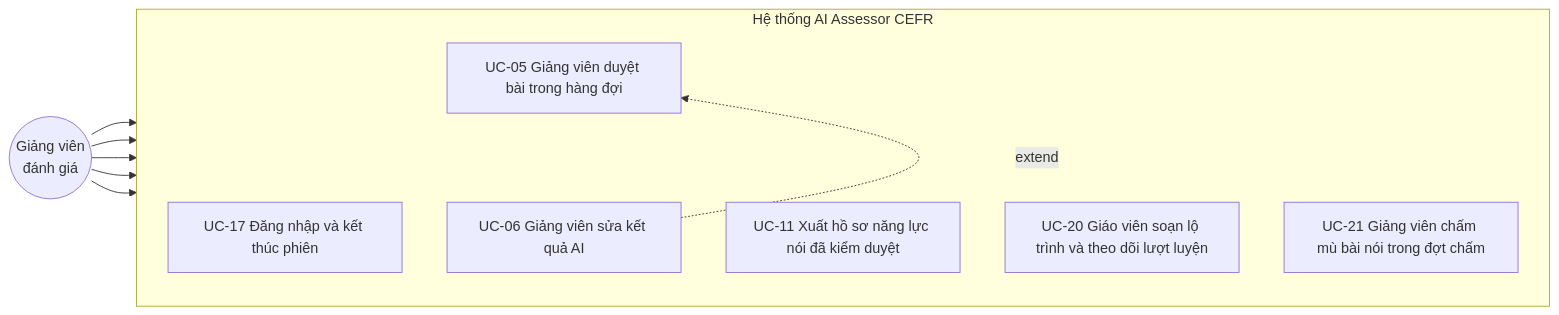
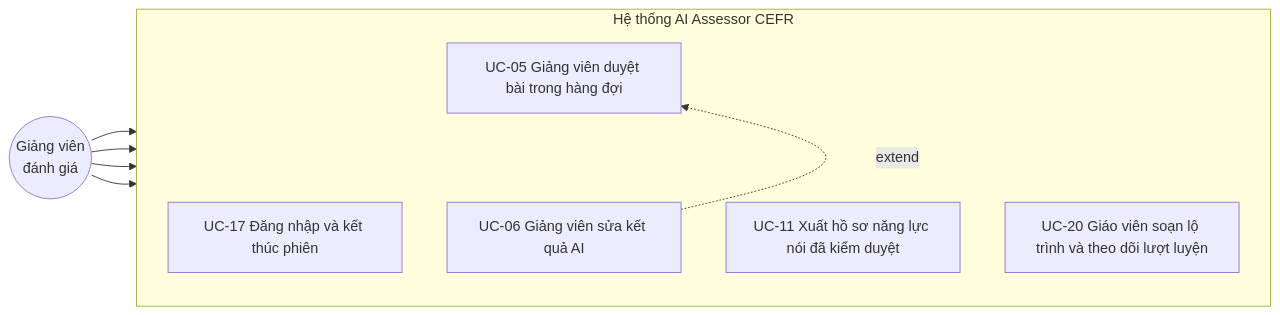
The second of 11 diagrams in docs/sdd/SDD.md (ThanhSangLouis/ai-assessor-cefr), drawn with Mermaid before and after one commit. The commit also changed other lines of this file and 106 other files, not shown here.

````diff
--- a/docs/sdd/SDD.md
+++ b/docs/sdd/SDD.md
@@ -245,35 +245,33 @@
 ```mermaid
 %% So do use case 1b: tac nhan Giang vien danh gia
 %% Ma va ten use case lay NGUYEN VAN tu bang SRS muc 4.1 -- khong tu dat so.
 %% Day la so do THIET KE: mo ta he thong PHAI LAM GI, khong phai tien do.
 flowchart LR
     GV(("Giảng viên<br/>đánh giá"))
 
     subgraph SYS["Hệ thống AI Assessor CEFR"]
         direction TB
         UC17["UC-17 Đăng nhập và kết thúc phiên"]
         UC11["UC-11 Xuất hồ sơ năng lực nói đã kiểm duyệt"]
         UC20["UC-20 Giáo viên soạn lộ trình và theo dõi lượt luyện"]
-        UC21["UC-21 Giảng viên chấm mù bài nói trong đợt chấm"]
         UC05["UC-05 Giảng viên duyệt bài trong hàng đợi"]
         UC06["UC-06 Giảng viên sửa kết quả AI"]
     end
 
     %% UC-05 o cuoi cot: mui ten `extend` tu UC-06 vong ve UC-05 di qua khoang
     %% trong ben duoi, khong sat hop nao khac.
     GV --> UC17
     GV --> UC11
     GV --> UC20
-    GV --> UC21
     GV --> UC05
 
     %% Lien ket VO HINH, chi de xep bo cuc -- KHONG phai quan he UML. Dat UC-06
     %% sau UC-05 de mui ten `extend` tro nguoc ve trai. Xem giai thich day du o 01a.
     UC05 ~~~ UC06
 
     %% Use case MO RONG khong noi truc tiep voi tac nhan. Giang vien khoi tao
     %% UC-05 (mo hang doi ra duyet); UC-06 sua ket qua duoc chen vao giua luong
     %% do khi ho khong dong y voi may. Khong the sua ket qua khi chua mo bai ra.
     %% extend: tu use case MO RONG --> use case goc
     UC06 -. extend .-> UC05
 ```
````
